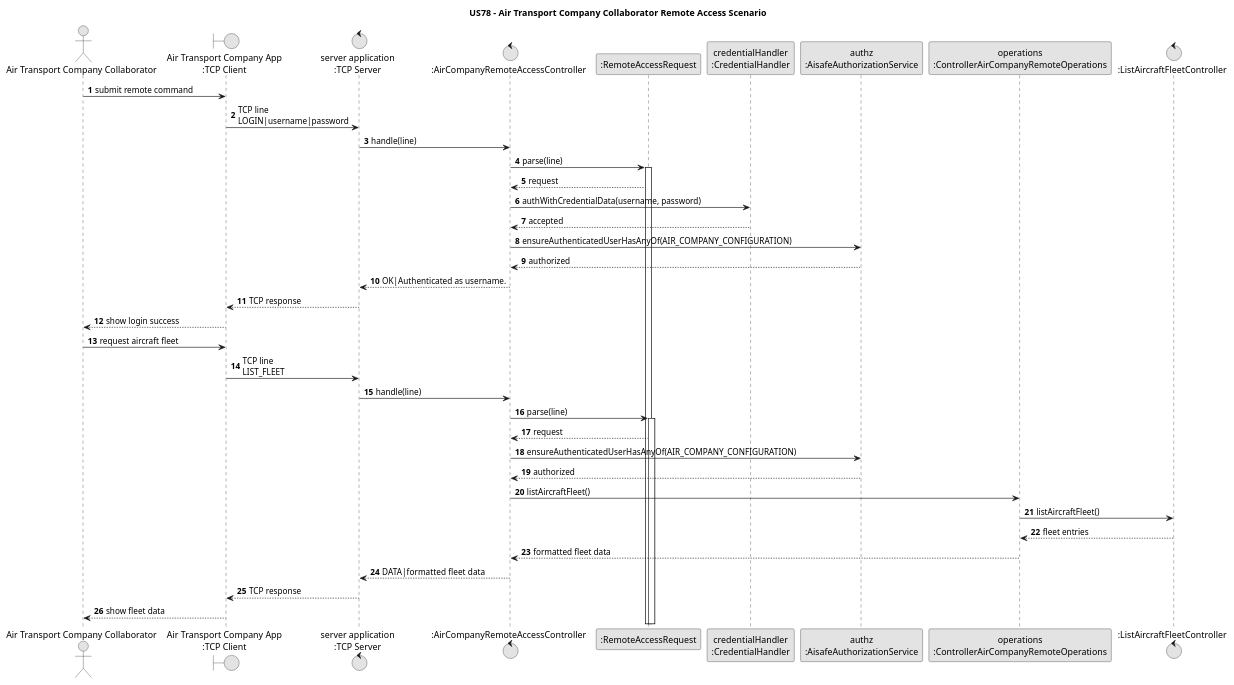
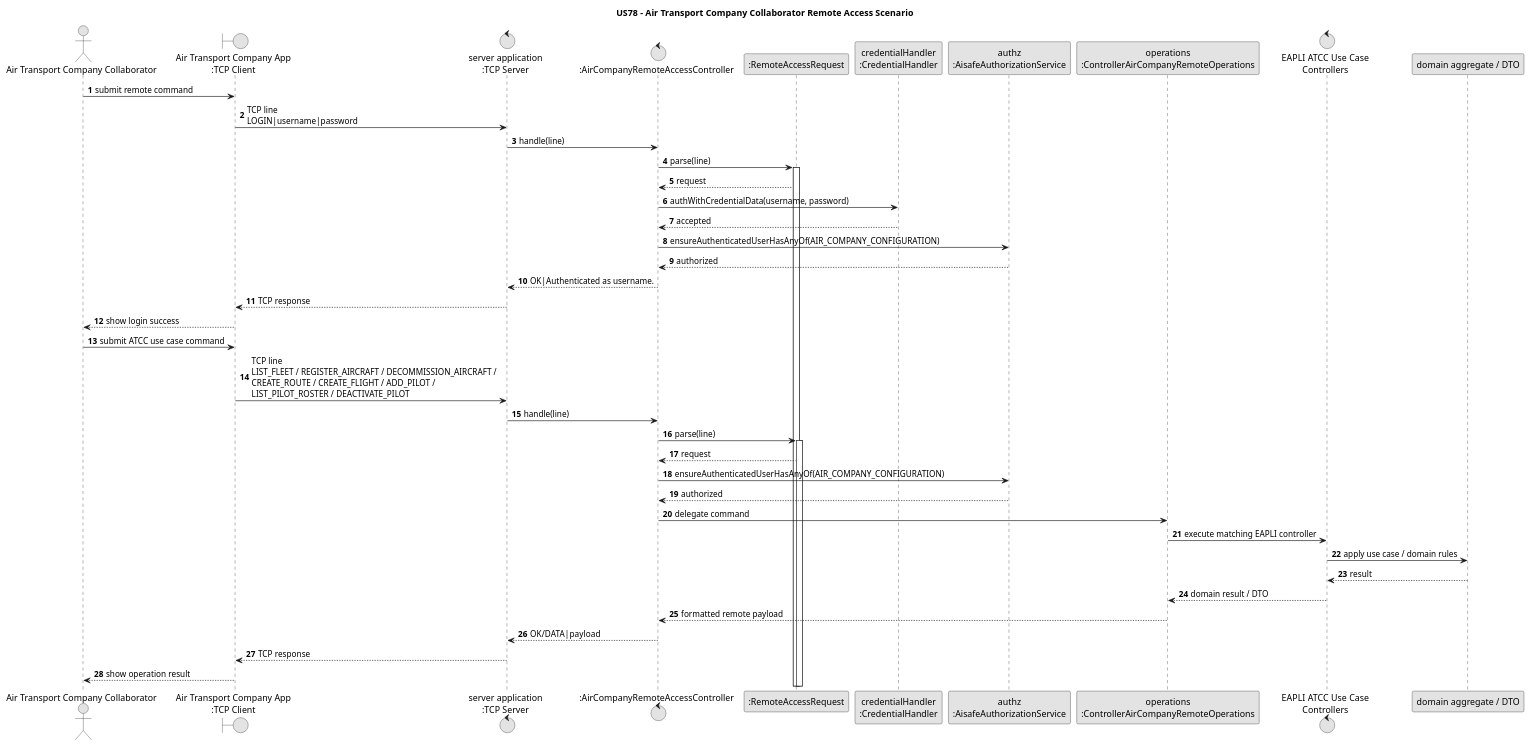
Before and after one commit to GustavoFerreira24/flight-management-platform: the diagram in docs/global-artifacts/03.design/puml/US78RemoteAccess-SD.puml, drawn with PlantUML. The commit also changed 11 other files, not shown here.

Commit message:
US78 (Code): Add flight management functionalities including createFlight, addPilot, listPilotRoster, and deactivatePilot methods; update AirCompanyRemoteAccessController and related documentation [#262]

```diff
--- a/docs/global-artifacts/03.design/puml/US78RemoteAccess-SD.puml
+++ b/docs/global-artifacts/03.design/puml/US78RemoteAccess-SD.puml
@@ -1,48 +1,51 @@
 @startuml
 title US78 - Air Transport Company Collaborator Remote Access Scenario
 
 skinparam monochrome true
 skinparam packageStyle rectangle
 skinparam shadowing false
 
 autonumber
 
 actor "Air Transport Company Collaborator" as ATC
 boundary "Air Transport Company App\n:TCP Client" as Client
 control "server application\n:TCP Server" as Server
 control ":AirCompanyRemoteAccessController" as RemoteC
 participant ":RemoteAccessRequest" as Request
 participant "credentialHandler\n:CredentialHandler" as Credentials
 participant "authz\n:AisafeAuthorizationService" as Authz
 participant "operations\n:ControllerAirCompanyRemoteOperations" as Ops
-control ":ListAircraftFleetController" as FleetC
+control "EAPLI ATCC Use Case\nControllers" as EapliC
+participant "domain aggregate / DTO" as Result
 
 ATC -> Client : submit remote command
 Client -> Server : TCP line\nLOGIN|username|password
 Server -> RemoteC : handle(line)
 RemoteC -> Request ++ : parse(line)
 Request --> RemoteC : request
 RemoteC -> Credentials : authWithCredentialData(username, password)
 Credentials --> RemoteC : accepted
 RemoteC -> Authz : ensureAuthenticatedUserHasAnyOf(AIR_COMPANY_CONFIGURATION)
 Authz --> RemoteC : authorized
 RemoteC --> Server : OK|Authenticated as username.
 Server --> Client : TCP response
 Client --> ATC : show login success
 
-ATC -> Client : request aircraft fleet
-Client -> Server : TCP line\nLIST_FLEET
+ATC -> Client : submit ATCC use case command
+Client -> Server : TCP line\nLIST_FLEET / REGISTER_AIRCRAFT / DECOMMISSION_AIRCRAFT /\nCREATE_ROUTE / CREATE_FLIGHT / ADD_PILOT /\nLIST_PILOT_ROSTER / DEACTIVATE_PILOT
 Server -> RemoteC : handle(line)
 RemoteC -> Request ++ : parse(line)
 Request --> RemoteC : request
 RemoteC -> Authz : ensureAuthenticatedUserHasAnyOf(AIR_COMPANY_CONFIGURATION)
 Authz --> RemoteC : authorized
-RemoteC -> Ops : listAircraftFleet()
-Ops -> FleetC : listAircraftFleet()
-FleetC --> Ops : fleet entries
-Ops --> RemoteC : formatted fleet data
-RemoteC --> Server : DATA|formatted fleet data
+RemoteC -> Ops : delegate command
+Ops -> EapliC : execute matching EAPLI controller
+EapliC -> Result : apply use case / domain rules
+Result --> EapliC : result
+EapliC --> Ops : domain result / DTO
+Ops --> RemoteC : formatted remote payload
+RemoteC --> Server : OK/DATA|payload
 Server --> Client : TCP response
-Client --> ATC : show fleet data
+Client --> ATC : show operation result
 
 @enduml
```
